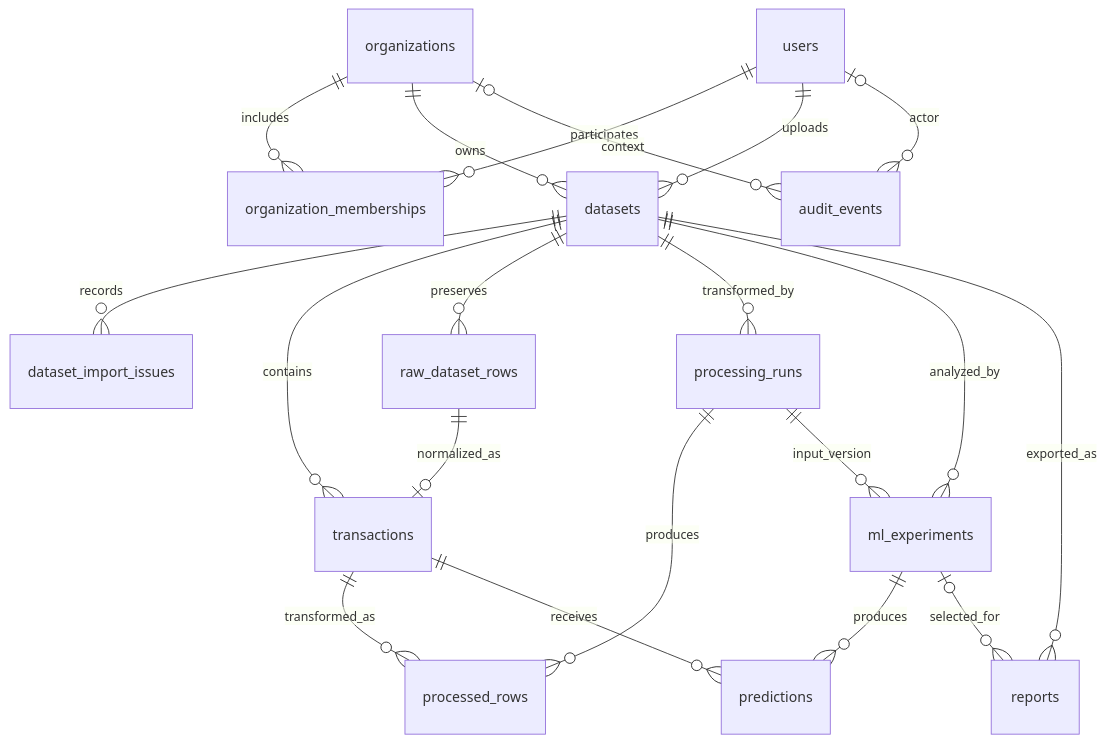
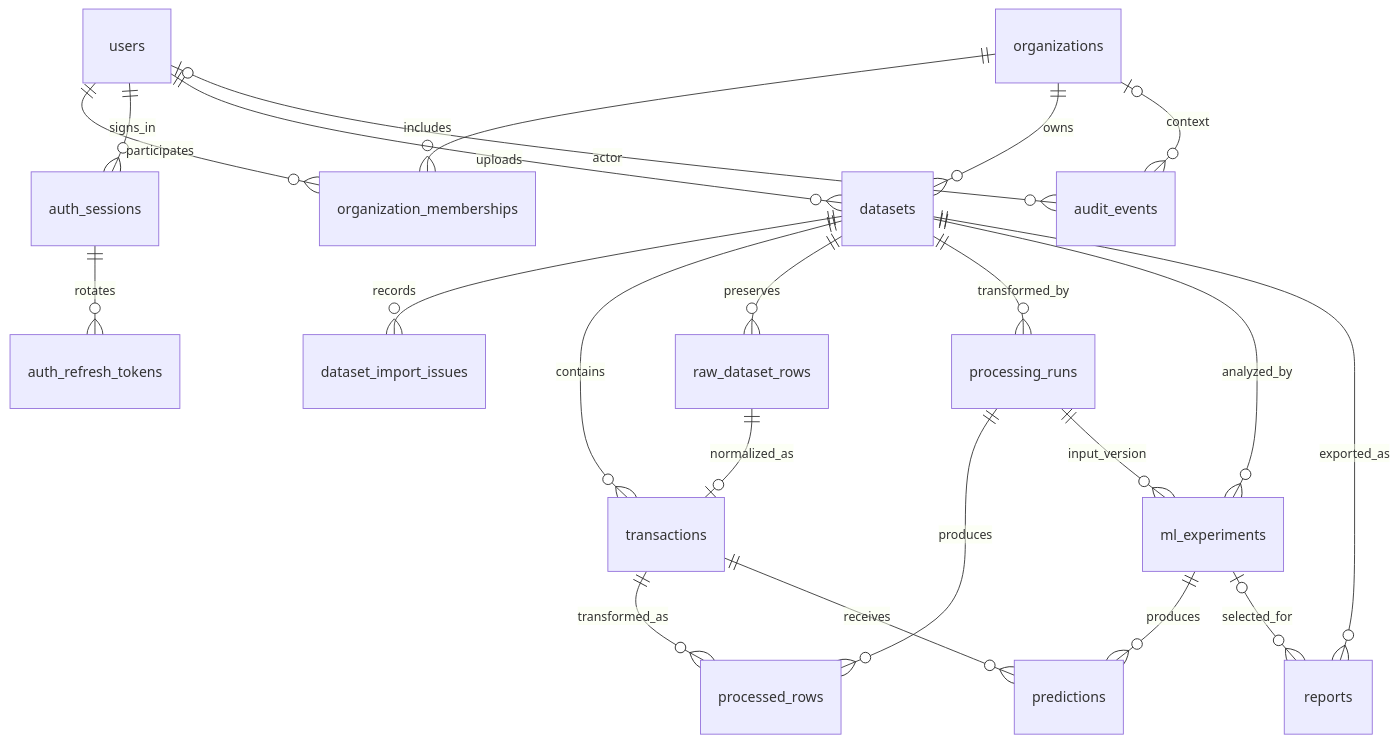
The diagram in docs/DATABASE_ARCHITECTURE.md (Maks0Ny/finsight), drawn with Mermaid before and after one commit. The commit also changed other lines of this file and 26 other files, not shown here.

````diff
--- a/docs/DATABASE_ARCHITECTURE.md
+++ b/docs/DATABASE_ARCHITECTURE.md
@@ -18,22 +24,24 @@
 ```mermaid
 erDiagram
     users ||--o{ organization_memberships : participates
+    users ||--o{ auth_sessions : signs_in
+    auth_sessions ||--o{ auth_refresh_tokens : rotates
     organizations ||--o{ organization_memberships : includes
     organizations ||--o{ datasets : owns
     users ||--o{ datasets : uploads
     datasets ||--o{ dataset_import_issues : records
     datasets ||--o{ transactions : contains
     datasets ||--o{ raw_dataset_rows : preserves
     raw_dataset_rows ||--o| transactions : normalized_as
     datasets ||--o{ processing_runs : transformed_by
     processing_runs ||--o{ processed_rows : produces
     transactions ||--o{ processed_rows : transformed_as
     processing_runs ||--o{ ml_experiments : input_version
     datasets ||--o{ ml_experiments : analyzed_by
     ml_experiments ||--o{ predictions : produces
     transactions ||--o{ predictions : receives
     datasets ||--o{ reports : exported_as
     ml_experiments o|--o{ reports : selected_for
     organizations o|--o{ audit_events : context
     users o|--o{ audit_events : actor
 ```
````
